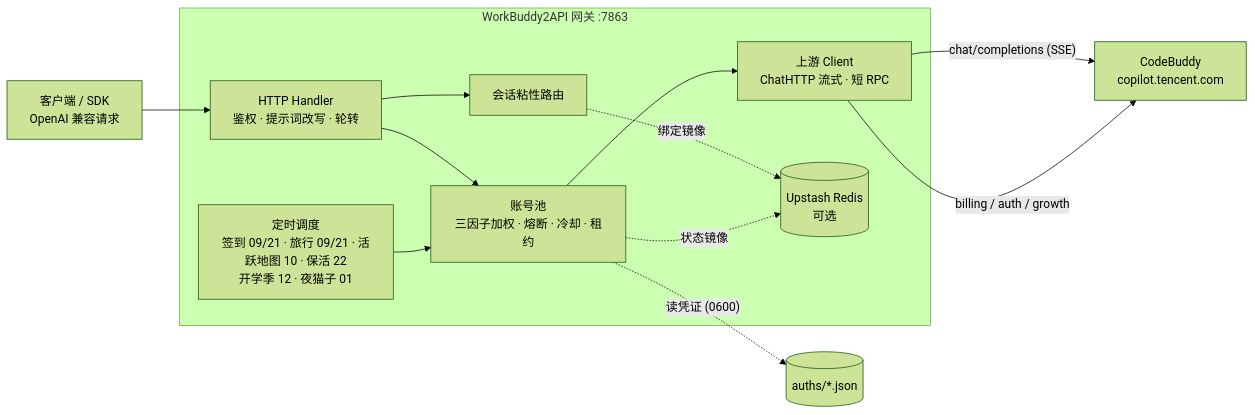
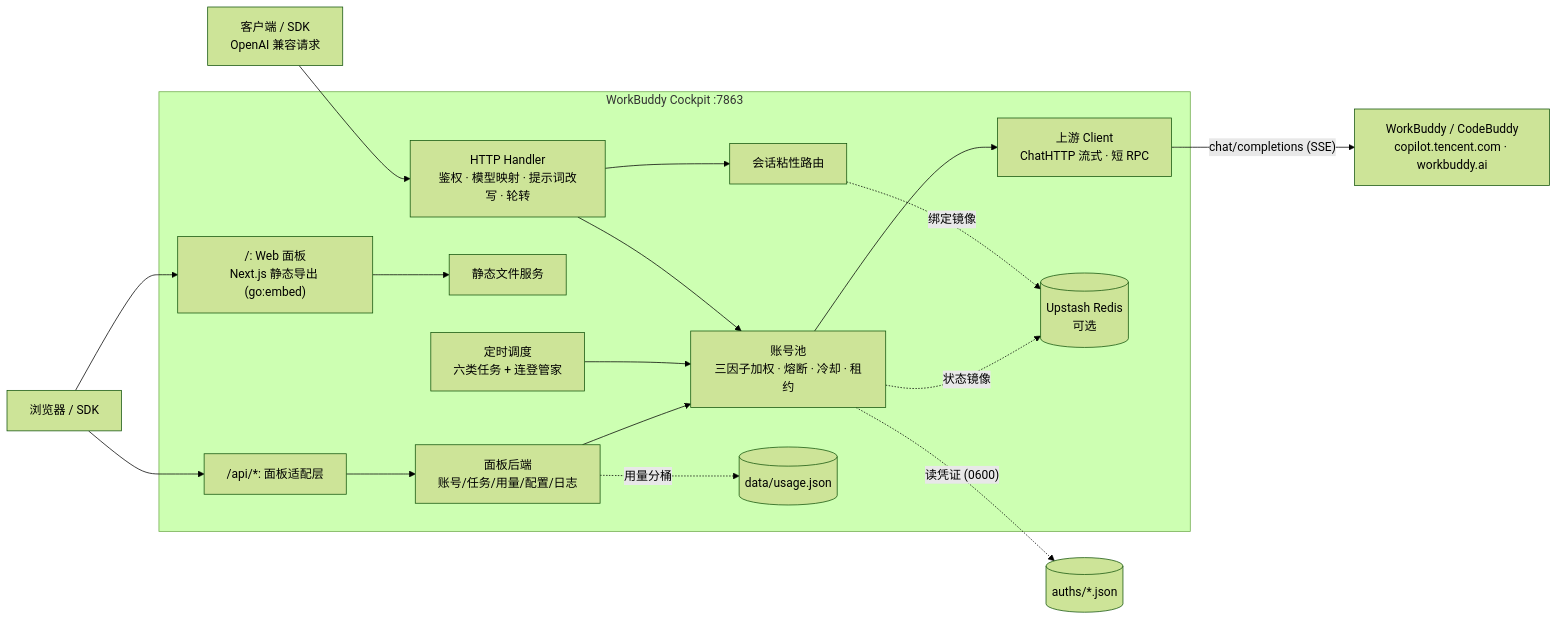
One commit to Arimayuki03/workbuddy-cockpit changed the diagram in README.md. Above: the diagram before and after it, drawn with Mermaid (forest theme). The commit also changed other lines of this file and 2 other files, not shown here.

First line of the commit message:
docs: v1.2.0 设计定稿 + 项目更名 WorkBuddy Cockpit

````diff
--- a/README.md
+++ b/README.md
@@ -118,18 +146,23 @@
 ```mermaid
 flowchart LR
-    Client["客户端 / SDK\nOpenAI 兼容请求"] --> H
+    B["浏览器 / SDK"] --> ROOT["/: Web 面板\nNext.js 静态导出 (go:embed)"]
+    B --> API["/api/*: 面板适配层"]
+    C["客户端 / SDK\nOpenAI 兼容请求"] --> H
 
-    subgraph GWI["WorkBuddy2API 网关 :7863"]
-        H["HTTP Handler\n鉴权 · 提示词改写 · 轮转"] --> P
+    subgraph GWI["WorkBuddy Cockpit :7863"]
+        ROOT --> EMBED["静态文件服务"]
+        API --> PG["面板后端\n账号/任务/用量/配置/日志"]
+        H["HTTP Handler\n鉴权 · 模型映射 · 提示词改写 · 轮转"] --> P
         H --> S
         P["账号池\n三因子加权 · 熔断 · 冷却 · 租约"] --> U
         S["会话粘性路由"] -.绑定镜像.-> REDIS
-        T["定时调度\n签到 09/21 · 旅行 09/21 · 活跃地图 10 · 保活 22\n开学季 12 · 夜猫子 01"] --> P
+        T["定时调度\n六类任务 + 连登管家"] --> P
         U["上游 Client\nChatHTTP 流式 · 短 RPC"]
+        PG --> P
+        PG -.用量分桶.-> DATA[("data/usage.json")]
     end
 
     P -. "读凭证 (0600)" .-> AUTH[("auths/*.json")]
     P -. "状态镜像" .-> REDIS[("Upstash Redis\n可选")]
-    U -->|"chat/completions (SSE)"| CB["CodeBuddy\ncopilot.tencent.com"]
-    U -->|"billing / auth / growth"| CB
+    U -->|"chat/completions (SSE)"| CB["WorkBuddy / CodeBuddy\ncopilot.tencent.com · workbuddy.ai"]
 ```
````
